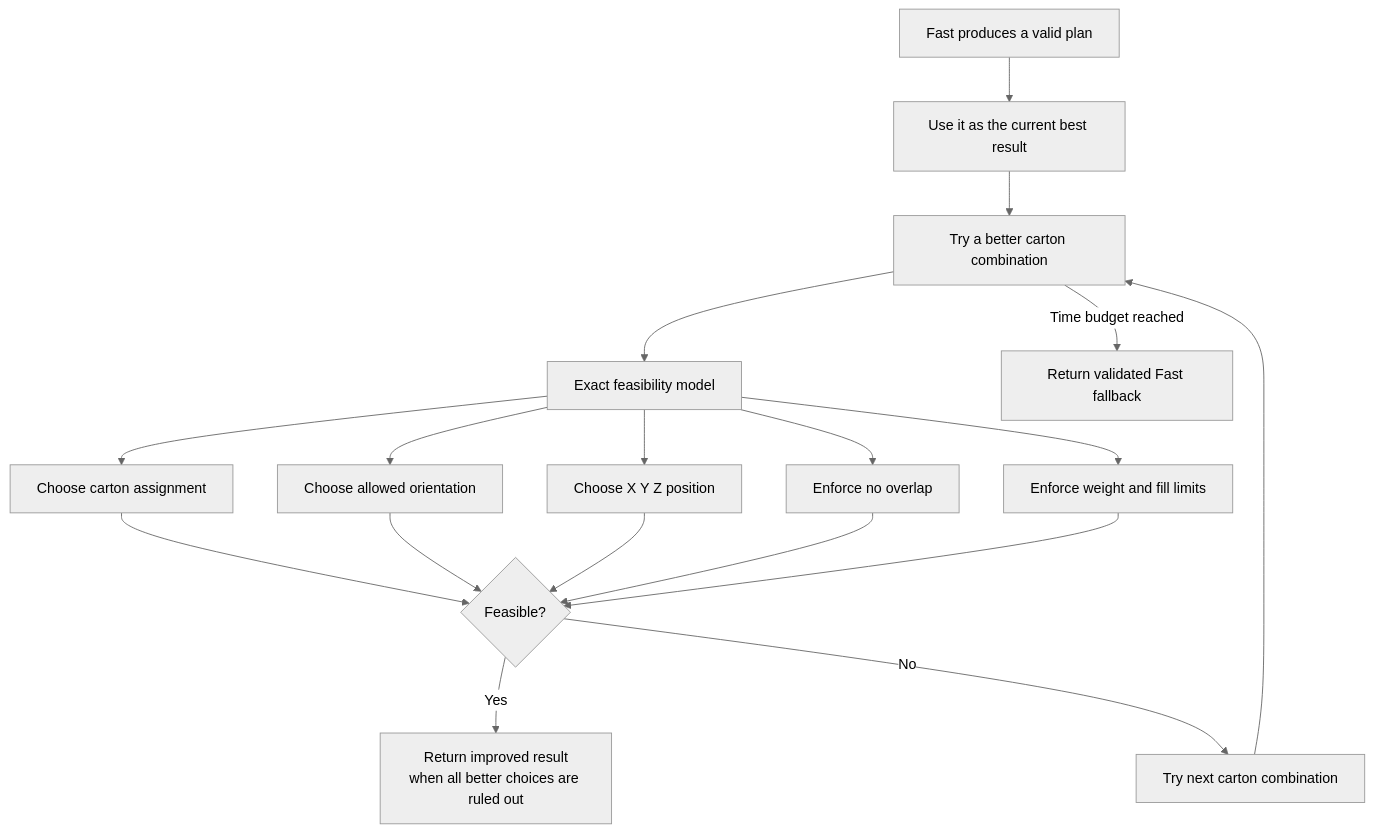
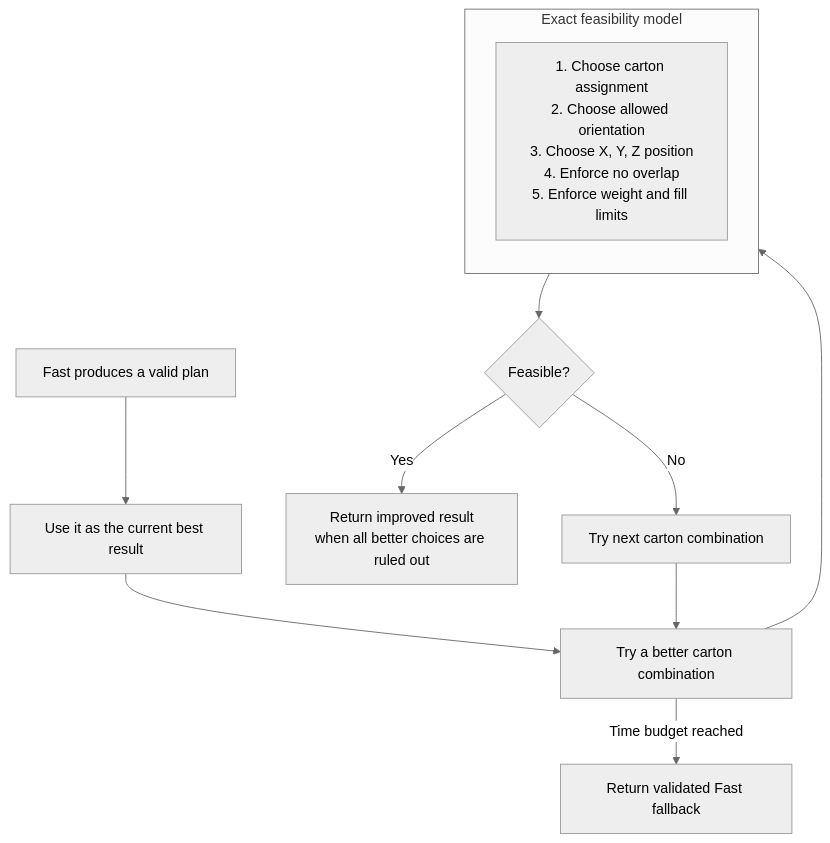
One commit to Voycepeh/ihubsolutions-capstone-project changed the second of 2 diagrams in README.md. Above: the diagram before and after it, drawn with Mermaid (neutral theme).

Commit message:
docs: simplify Best exact search Mermaid

````diff
--- a/README.md
+++ b/README.md
@@ -113,24 +113,19 @@
 ```mermaid
 flowchart TD
     A[Fast produces a valid plan] --> B[Use it as the current best result]
     B --> C[Try a better carton combination]
-    C --> D[Exact feasibility model]
 
-    D --> D1[Choose carton assignment]
-    D --> D2[Choose allowed orientation]
-    D --> D3[Choose X Y Z position]
-    D --> D4[Enforce no overlap]
-    D --> D5[Enforce weight and fill limits]
+    C --> D
 
-    D1 --> E{Feasible?}
-    D2 --> E
-    D3 --> E
-    D4 --> E
-    D5 --> E
+    subgraph D["Exact feasibility model"]
+        direction TB
+        D1["1. Choose carton assignment<br/>2. Choose allowed orientation<br/>3. Choose X, Y, Z position<br/>4. Enforce no overlap<br/>5. Enforce weight and fill limits"]
+    end
 
+    D --> E{Feasible?}
     E -->|Yes| F[Return improved result<br/>when all better choices are ruled out]
     E -->|No| G[Try next carton combination]
     G --> C
 
     C -->|Time budget reached| H[Return validated Fast fallback]
 ```
````
